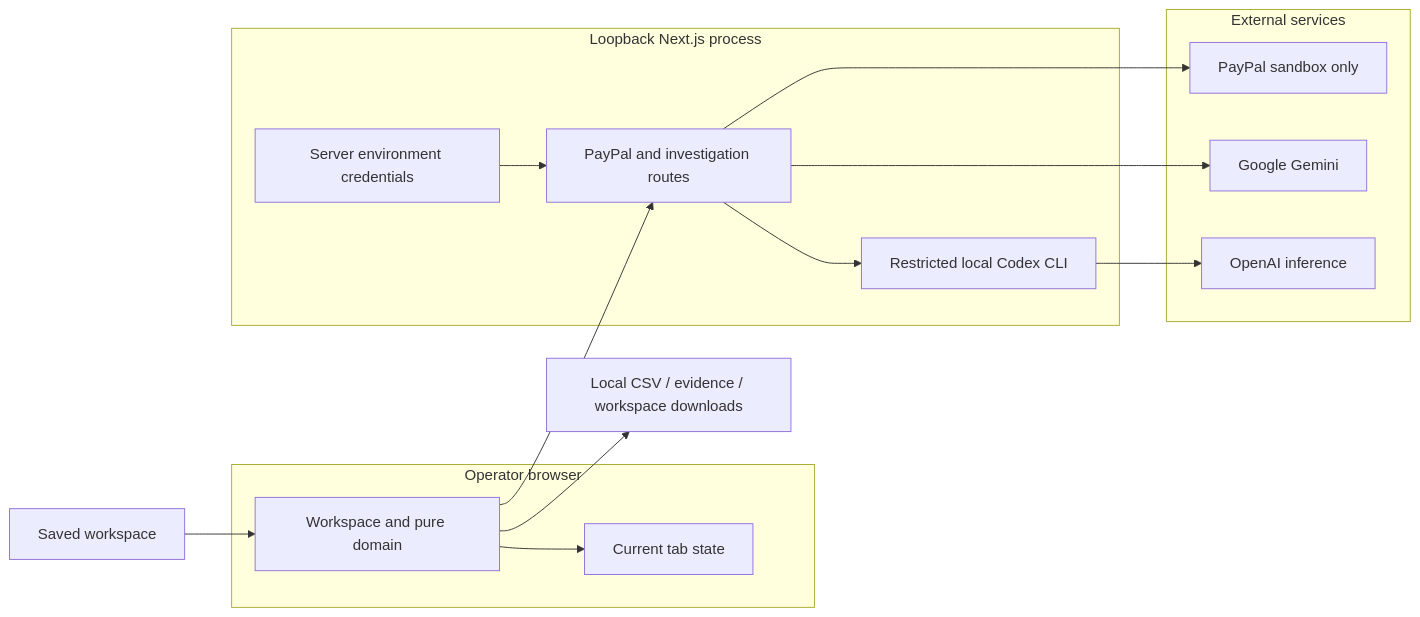
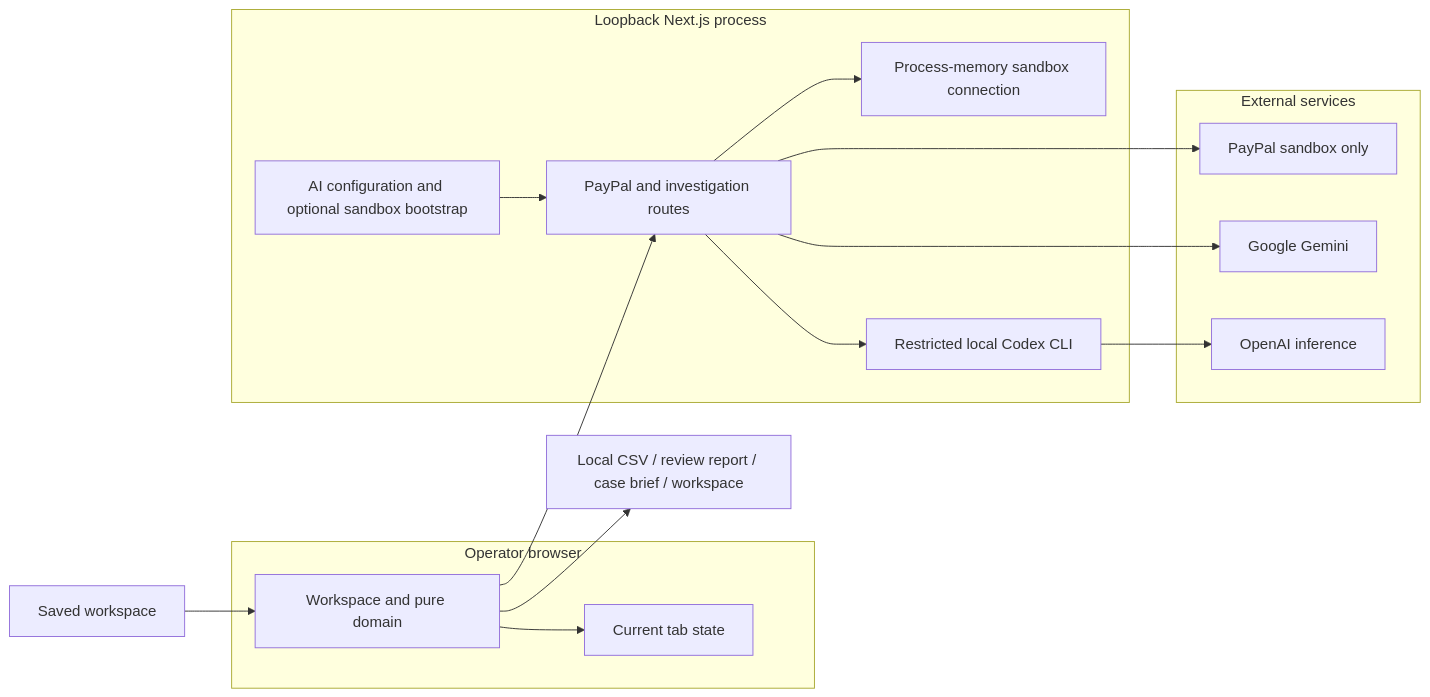
The sixth of 6 diagrams in ARCHITECTURE.md (Smokeybear10/408.PROJ.paper-ledger), drawn with Mermaid before and after one commit. The commit also changed other lines of this file and 22 other files, not shown here.

Commit message:
add evidence review and reconciliation reports

````diff
--- a/ARCHITECTURE.md
+++ b/ARCHITECTURE.md
@@ -297,26 +357,28 @@
 ```mermaid
 graph LR
   subgraph Browser[Operator browser]
     UI[Workspace and pure domain]
     Memory[Current tab state]
     UI --> Memory
   end
   subgraph Local[Loopback Next.js process]
     Routes[PayPal and investigation routes]
-    Env[Server environment credentials]
+    Env[AI configuration and optional sandbox bootstrap]
     Env --> Routes
+    Session[Process-memory sandbox connection]
+    Routes --> Session
     CLI[Restricted local Codex CLI]
     Routes --> CLI
   end
   subgraph External[External services]
     PP[PayPal sandbox only]
     GG[Google Gemini]
     OA[OpenAI inference]
   end
   UI --> Routes
   Routes --> PP
   Routes --> GG
   CLI --> OA
-  UI --> Download[Local CSV / evidence / workspace downloads]
+  UI --> Download[Local CSV / review report / case brief / workspace]
   SavedFile[Saved workspace] --> UI
 ```
````
